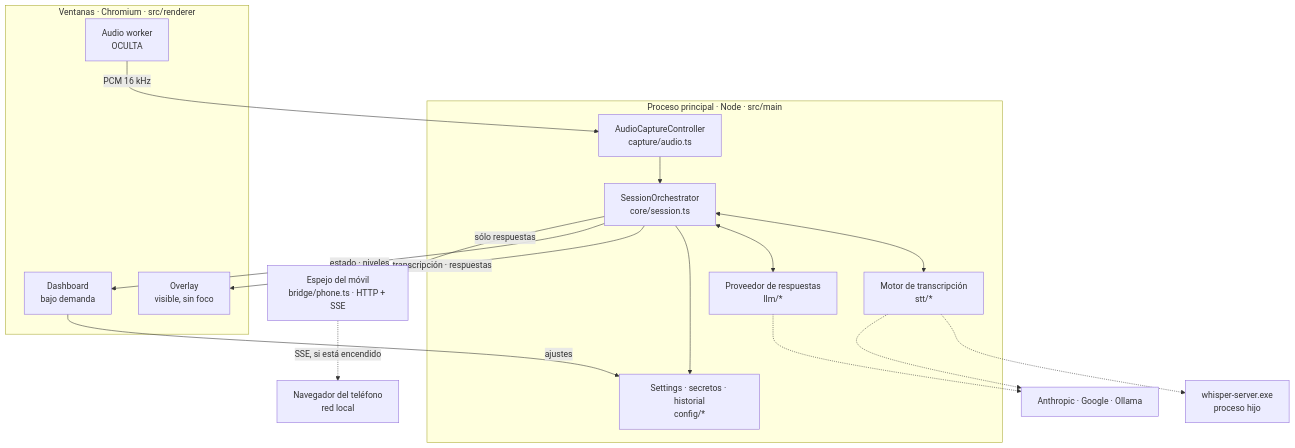
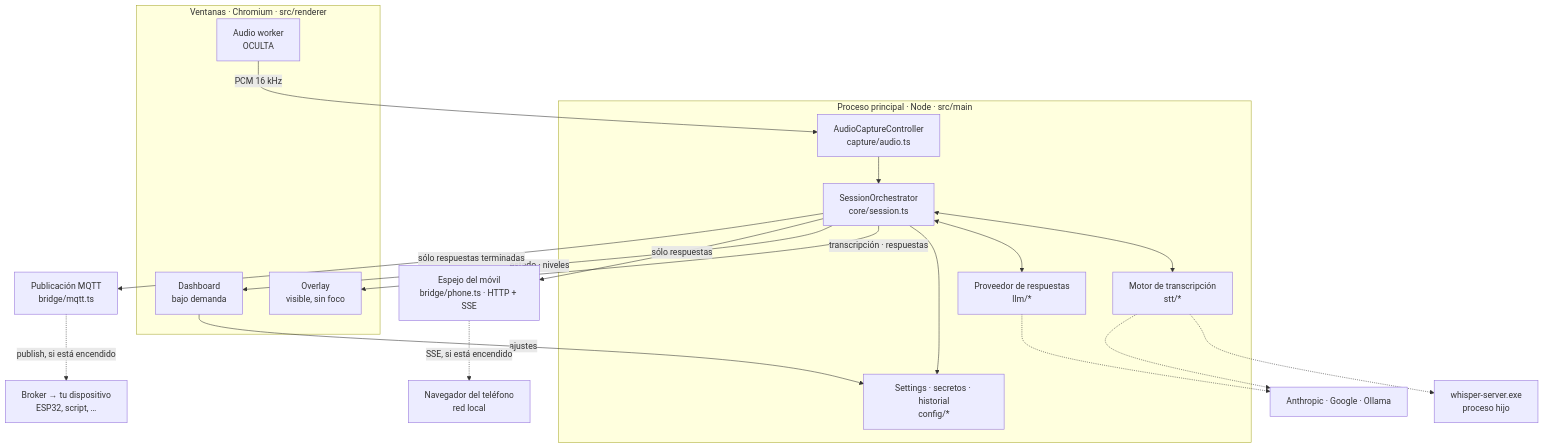
One commit to cflarios/Tayori changed the first of 7 diagrams in ARCHITECTURE.md. Above: the diagram before and after it, drawn with Mermaid. The commit also changed other lines of this file and 20 other files, not shown here.

````diff
--- a/ARCHITECTURE.md
+++ b/ARCHITECTURE.md
@@ -17,36 +17,40 @@
 ```mermaid
 flowchart TB
     subgraph main["Proceso principal · Node · src/main"]
         SESSION["SessionOrchestrator<br/>core/session.ts"]
         CAPTURE["AudioCaptureController<br/>capture/audio.ts"]
         STT["Motor de transcripción<br/>stt/*"]
         LLM["Proveedor de respuestas<br/>llm/*"]
         STORE["Settings · secretos · historial<br/>config/*"]
     end
 
     subgraph renderers["Ventanas · Chromium · src/renderer"]
         OVERLAY["Overlay<br/>visible, sin foco"]
         DASH["Dashboard<br/>bajo demanda"]
         WORKER["Audio worker<br/>OCULTA"]
     end
 
     PHONE["Espejo del móvil<br/>bridge/phone.ts · HTTP + SSE"]
     MOBILE["Navegador del teléfono<br/>red local"]
+    MQTT["Publicación MQTT<br/>bridge/mqtt.ts"]
+    DEVICE["Broker → tu dispositivo<br/>ESP32, script, …"]
 
     WHISPER["whisper-server.exe<br/>proceso hijo"]
     CLOUD["Anthropic · Google · Ollama"]
 
     WORKER -- "PCM 16 kHz" --> CAPTURE
     CAPTURE --> SESSION
     SESSION <--> STT
     SESSION <--> LLM
     SESSION --> STORE
     STT -.-> WHISPER
     STT -.-> CLOUD
     LLM -.-> CLOUD
     SESSION -- "transcripción · respuestas" --> OVERLAY
     SESSION -- "estado · niveles" --> DASH
     DASH -- "ajustes" --> STORE
     SESSION -- "sólo respuestas" --> PHONE
     PHONE -. "SSE, si está encendido" .-> MOBILE
+    SESSION -- "sólo respuestas terminadas" --> MQTT
+    MQTT -. "publish, si está encendido" .-> DEVICE
 ```
````
